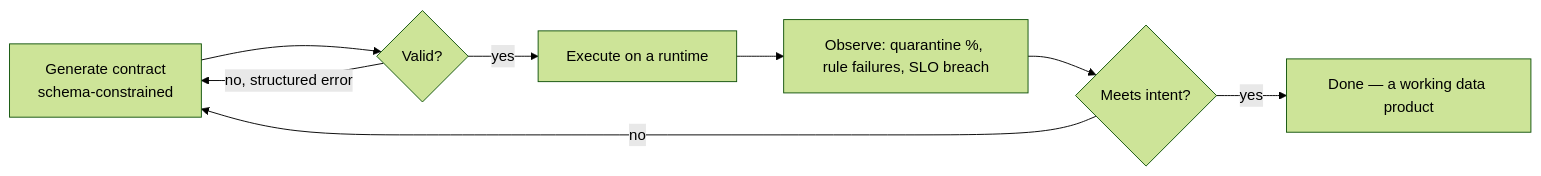
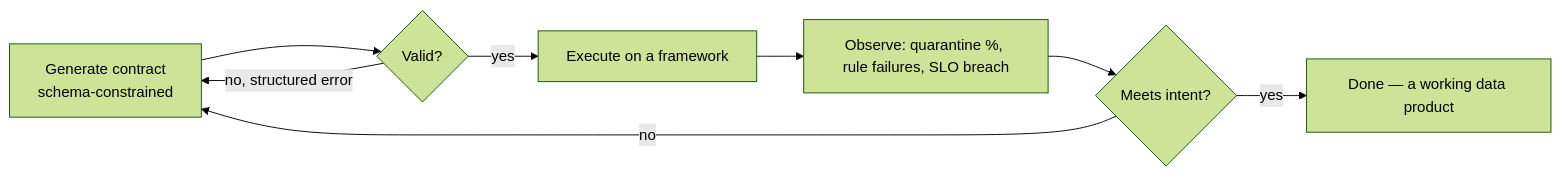
One commit to LakeLogic/open-lakehouse-contract changed the diagram in docs/concepts/agent-native.md. Above: the diagram before and after it, drawn with Mermaid (forest theme). The commit also changed other lines of this file and 32 other files, not shown here.

````diff
--- a/docs/concepts/agent-native.md
+++ b/docs/concepts/agent-native.md
@@ -18,10 +18,10 @@
 ```mermaid
 flowchart LR
     G[Generate contract<br/>schema-constrained] --> V{Valid?}
     V -- no, structured error --> G
-    V -- yes --> X[Execute on a runtime]
+    V -- yes --> X[Execute on a framework]
     X --> O[Observe: quarantine %, rule failures, SLO breach]
     O --> R{Meets intent?}
     R -- no --> G
     R -- yes --> D[Done — a working data product]
 ```
````
